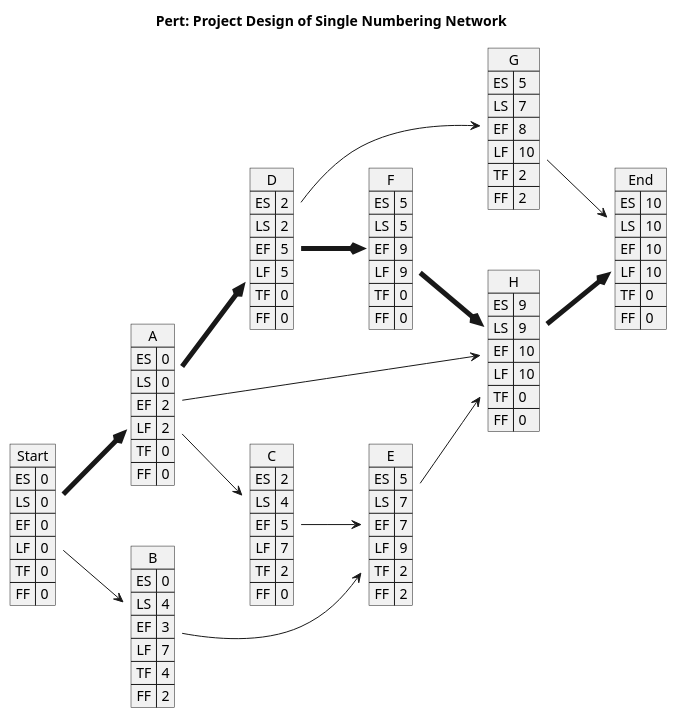
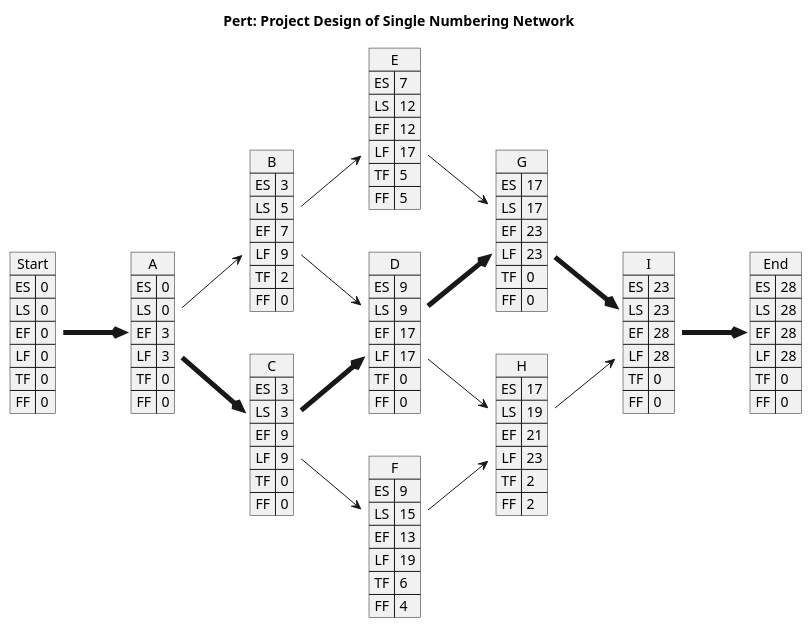
The diagram in __temp__/PUML_text_sNN.puml (SCWM-P/PM_code_LLM_plantuml), drawn with PlantUML before and after one commit. The commit also changed 7 other files, not shown here.

```diff
--- a/__temp__/PUML_text_sNN.puml
+++ b/__temp__/PUML_text_sNN.puml
@@ -2,99 +2,108 @@
 @startuml PERT
 left to right direction
 ' Horizontal lines: -->, <--, <-->
 ' Vertical lines: ->, <-, <->
 title Pert: Project Design of Single Numbering Network
 map Start {
     ES => 0
     LS => 0
     EF => 0
     LF => 0
     TF => 0
     FF => 0
 }
 map A {
     ES => 0
     LS => 0
-    EF => 2
-    LF => 2
+    EF => 3
+    LF => 3
     TF => 0
     FF => 0
 }
 map B {
-    ES => 0
-    LS => 4
-    EF => 3
-    LF => 7
-    TF => 4
-    FF => 2
-}
-map C {
-    ES => 2
-    LS => 4
-    EF => 5
-    LF => 7
+    ES => 3
+    LS => 5
+    EF => 7
+    LF => 9
     TF => 2
     FF => 0
 }
-map D {
-    ES => 2
-    LS => 2
-    EF => 5
-    LF => 5
-    TF => 0
-    FF => 0
-}
-map E {
-    ES => 5
-    LS => 7
-    EF => 7
-    LF => 9
-    TF => 2
-    FF => 2
-}
-map F {
-    ES => 5
-    LS => 5
+map C {
+    ES => 3
+    LS => 3
     EF => 9
     LF => 9
     TF => 0
     FF => 0
 }
+map D {
+    ES => 9
+    LS => 9
+    EF => 17
+    LF => 17
+    TF => 0
+    FF => 0
+}
+map E {
+    ES => 7
+    LS => 12
+    EF => 12
+    LF => 17
+    TF => 5
+    FF => 5
+}
+map F {
+    ES => 9
+    LS => 15
+    EF => 13
+    LF => 19
+    TF => 6
+    FF => 4
+}
 map G {
-    ES => 5
-    LS => 7
-    EF => 8
-    LF => 10
+    ES => 17
+    LS => 17
+    EF => 23
+    LF => 23
+    TF => 0
+    FF => 0
+}
+map H {
+    ES => 17
+    LS => 19
+    EF => 21
+    LF => 23
     TF => 2
     FF => 2
 }
-map H {
-    ES => 9
-    LS => 9
-    EF => 10
-    LF => 10
+map I {
+    ES => 23
+    LS => 23
+    EF => 28
+    LF => 28
     TF => 0
     FF => 0
 }
 map End {
-    ES => 10
-    LS => 10
-    EF => 10
-    LF => 10
+    ES => 28
+    LS => 28
+    EF => 28
+    LF => 28
     TF => 0
     FF => 0
 }
 Start -[thickness=5]-> A
-Start --> B
-A --> C
-A -[thickness=5]-> D
+A --> B
+A -[thickness=5]-> C
+B --> D
+C -[thickness=5]-> D
 B --> E
-C --> E
-D -[thickness=5]-> F
-D --> G
-A --> H
-E --> H
-F -[thickness=5]-> H
-G --> End
-H -[thickness=5]-> End
+C --> F
+D -[thickness=5]-> G
+E --> G
+D --> H
+F --> H
+G -[thickness=5]-> I
+H --> I
+I -[thickness=5]-> End
 @enduml
```
